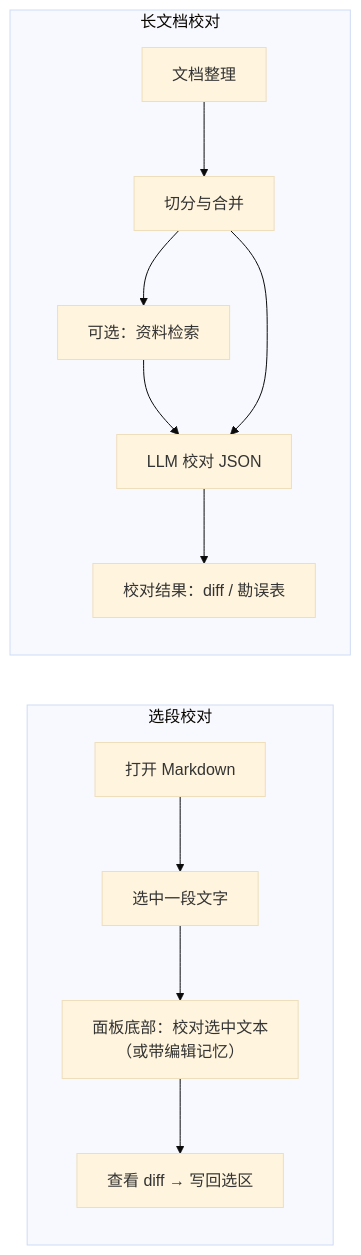
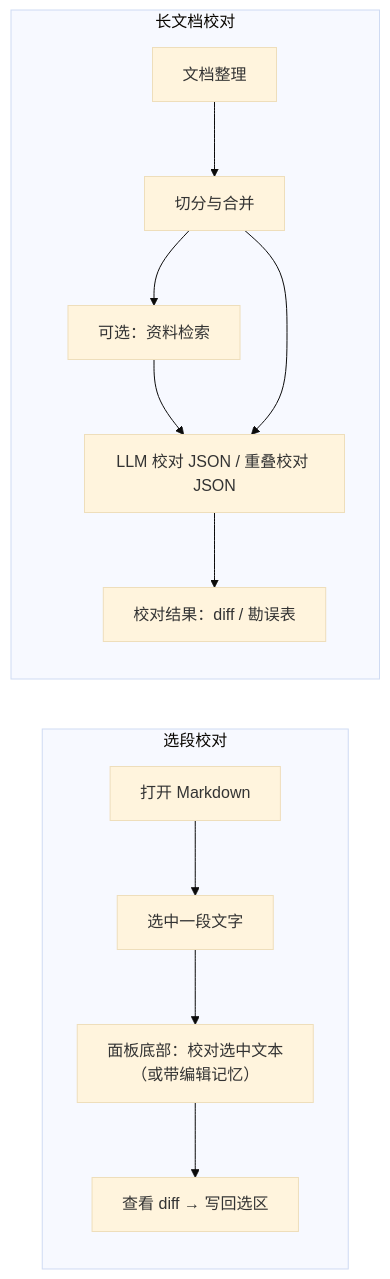
One commit to Fusyong/ai-proofread-vscode-extension changed the first of 5 diagrams in docs/commands-cheatsheet.md. Above: the diagram before and after it, drawn with Mermaid (base theme). The commit also changed other lines of this file and 12 other files, not shown here.

````diff
--- a/docs/commands-cheatsheet.md
+++ b/docs/commands-cheatsheet.md
@@ -143,20 +143,20 @@
 ```mermaid
 flowchart LR
     subgraph 方式一["选段校对"]
         S1["打开 Markdown"]
         S2["选中一段文字"]
         S3["面板底部：校对选中文本<br/>（或带编辑记忆）"]
         S4["查看 diff → 写回选区"]
         S1 --> S2 --> S3 --> S4
     end
 
     subgraph 方式二["长文档校对"]
         L1["文档整理"]
         L2["切分与合并"]
         L3["可选：资料检索"]
-        L4["LLM 校对 JSON"]
+        L4["LLM 校对 JSON / 重叠校对 JSON"]
         L5["校对结果：diff / 勘误表"]
         L1 --> L2 --> L3 --> L4 --> L5
         L2 --> L4
     end
 ```
````
